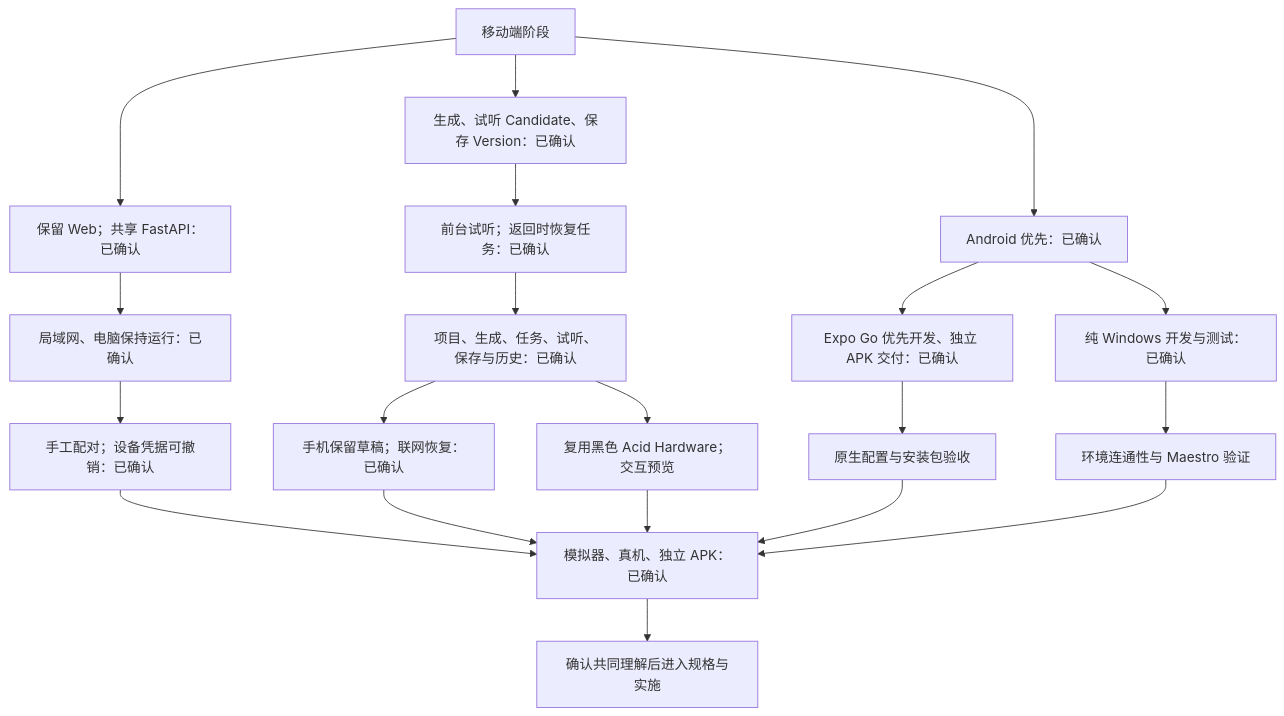
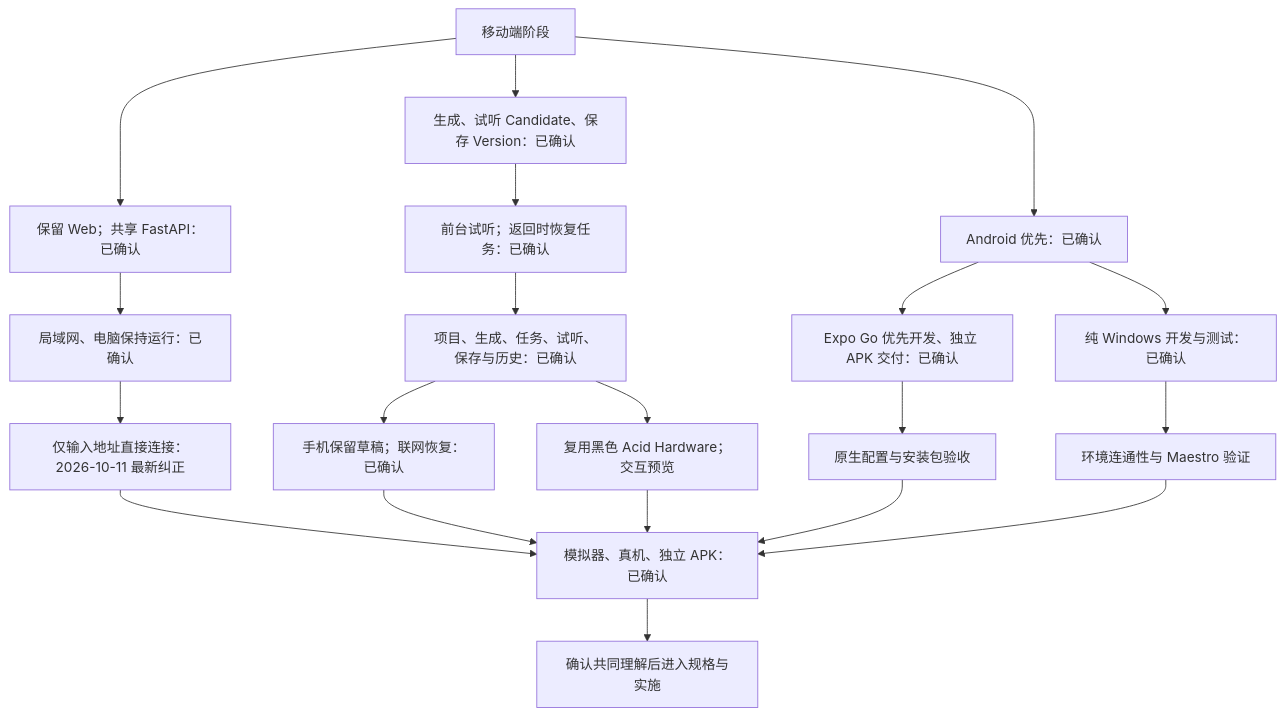
One commit to CaiZongyuan/llm-music changed the diagram in docs/design/mobile-interview.md. Above: the diagram before and after it, drawn with Mermaid. The commit also changed other lines of this file and 77 other files, not shown here.

````diff
--- a/docs/design/mobile-interview.md
+++ b/docs/design/mobile-interview.md
@@ -19,22 +19,22 @@
 ```mermaid
 flowchart TD
   M[移动端阶段] --> S[保留 Web；共享 FastAPI：已确认]
   M --> L[生成、试听 Candidate、保存 Version：已确认]
   M --> A[Android 优先：已确认]
   S --> N[局域网、电脑保持运行：已确认]
-  N --> P[手工配对；设备凭据可撤销：已确认]
+  N --> P[仅输入地址直接连接：2026-10-11 最新纠正]
   L --> B[前台试听；返回时恢复任务：已确认]
   B --> F[项目、生成、任务、试听、保存与历史：已确认]
   F --> O[手机保留草稿；联网恢复：已确认]
   F --> U[复用黑色 Acid Hardware；交互预览]
   A --> D[Expo Go 优先开发、独立 APK 交付：已确认]
   A --> E[纯 Windows 开发与测试：已确认]
   D --> V[原生配置与安装包验收]
   E --> T[环境连通性与 Maestro 验证]
   P --> C[模拟器、真机、独立 APK：已确认]
   O --> C
   U --> C
   V --> C
   T --> C
   C --> R[确认共同理解后进入规格与实施]
 ```
````
